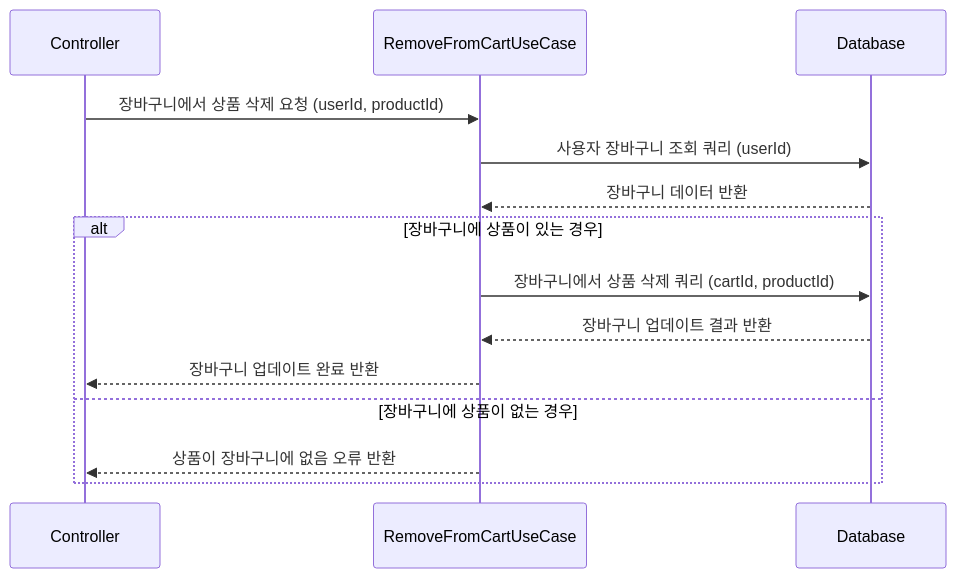
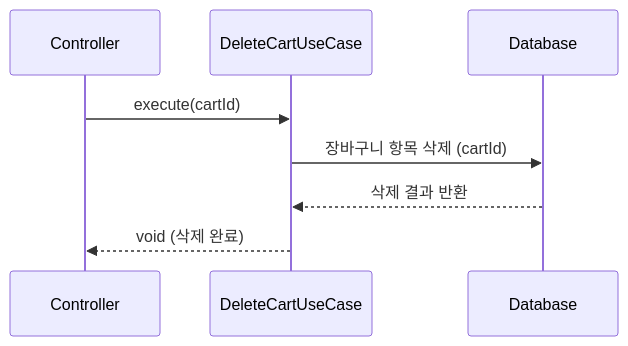
Before and after one commit to saint6839/hh-e-commerce: the ninth of 11 diagrams in README.md, drawn with Mermaid. The commit also changed other lines of this file, not shown here.

Commit message:
docs: README.md 시퀀스 다이어그램 수정 사항 반영

````diff
--- a/README.md
+++ b/README.md
@@ -152,13 +143,7 @@
 ```mermaid
 sequenceDiagram
-  Controller ->> RemoveFromCartUseCase: 장바구니에서 상품 삭제 요청 (userId, productId)
-  RemoveFromCartUseCase ->> Database: 사용자 장바구니 조회 쿼리 (userId)
-  Database -->> RemoveFromCartUseCase: 장바구니 데이터 반환
-  alt 장바구니에 상품이 있는 경우
-    RemoveFromCartUseCase ->> Database: 장바구니에서 상품 삭제 쿼리 (cartId, productId)
-    Database -->> RemoveFromCartUseCase: 장바구니 업데이트 결과 반환
-    RemoveFromCartUseCase -->> Controller: 장바구니 업데이트 완료 반환
-  else 장바구니에 상품이 없는 경우
-    RemoveFromCartUseCase -->> Controller: 상품이 장바구니에 없음 오류 반환
-  end
+    Controller->>DeleteCartUseCase: execute(cartId)
+    DeleteCartUseCase->>Database: 장바구니 항목 삭제 (cartId)
+    Database-->>DeleteCartUseCase: 삭제 결과 반환
+    DeleteCartUseCase-->>Controller: void (삭제 완료)
 ```
````
